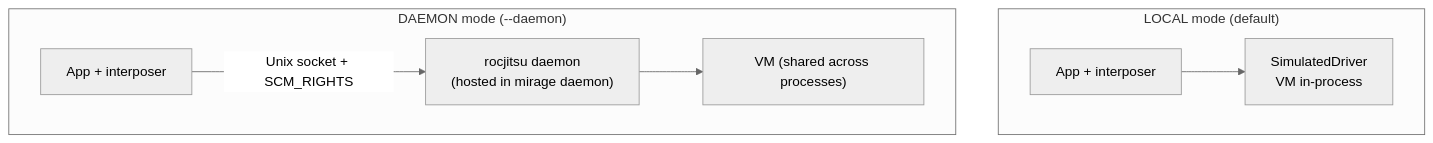
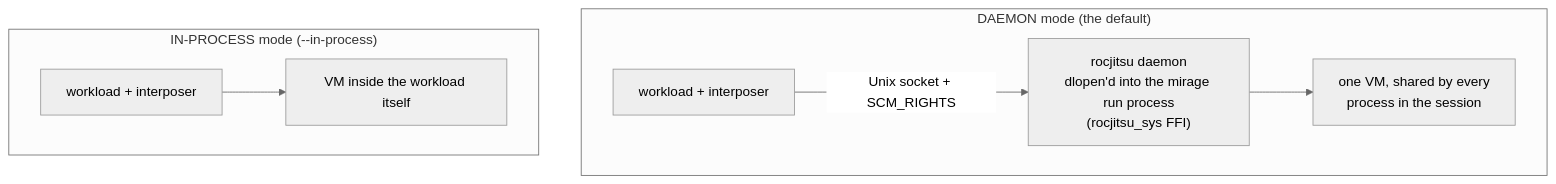
One commit to ROCm/rocm-systems changed the seventh of 14 diagrams in emulation/mirage/docs/demo-debugging-at-scale.md. Above: the diagram before and after it, drawn with Mermaid (neutral theme). The commit also changed other lines of this file and 107 other files, not shown here.

````diff
--- a/emulation/mirage/docs/demo-debugging-at-scale.md
+++ b/emulation/mirage/docs/demo-debugging-at-scale.md
@@ -243,10 +259,10 @@
 ```mermaid
 flowchart TB
-    subgraph local["LOCAL mode (default)"]
-      A1["App + interposer"] --> D1["SimulatedDriver<br/>VM in-process"]
+    subgraph daemonmode["DAEMON mode (the default)"]
+      A2["workload + interposer"] -->|"Unix socket + SCM_RIGHTS"| DD["rocjitsu daemon<br/>dlopen'd into the mirage run process<br/>(rocjitsu_sys FFI)"]
+      DD --> D2["one VM, shared by every<br/>process in the session"]
     end
-    subgraph daemon["DAEMON mode (--daemon)"]
-      A2["App + interposer"] -->|"Unix socket + SCM_RIGHTS"| DD["rocjitsu daemon<br/>(hosted in mirage daemon)"]
-      DD --> D2["VM (shared across processes)"]
+    subgraph local["IN-PROCESS mode (--in-process)"]
+      A1["workload + interposer"] --> D1["VM inside the workload itself"]
     end
 ```
````
